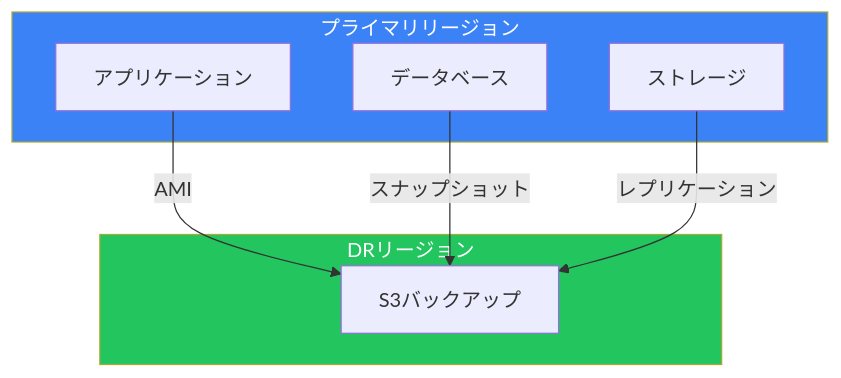
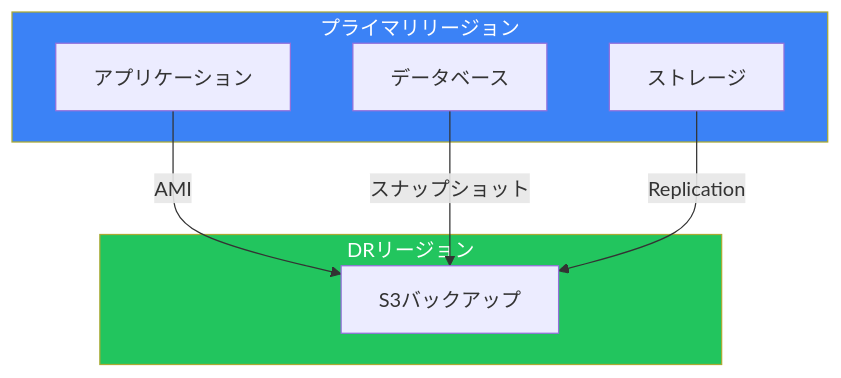
Before and after one commit to shunkus/shunku.net: the third of 10 diagrams in content/blog/ja/aws-disaster-recovery.md, drawn with Mermaid. The commit also changed other lines of this file and 56 other files, not shown here.

````diff
--- a/content/blog/ja/aws-disaster-recovery.md
+++ b/content/blog/ja/aws-disaster-recovery.md
@@ -84,19 +84,19 @@
 ```mermaid
 flowchart TB
     subgraph Primary["プライマリリージョン"]
         App["アプリケーション"]
         DB["データベース"]
         Storage["ストレージ"]
     end
 
     subgraph DR["DRリージョン"]
         S3DR["S3バックアップ"]
     end
 
     App --> |"AMI"| S3DR
     DB --> |"スナップショット"| S3DR
-    Storage --> |"レプリケーション"| S3DR
+    Storage --> |"Replication"| S3DR
 
     style Primary fill:#3b82f6,color:#fff
     style DR fill:#22c55e,color:#fff
 ```
````
